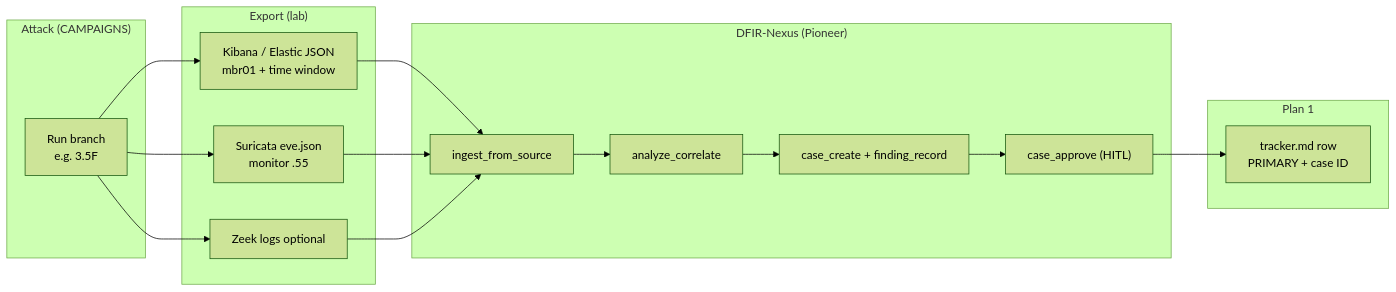
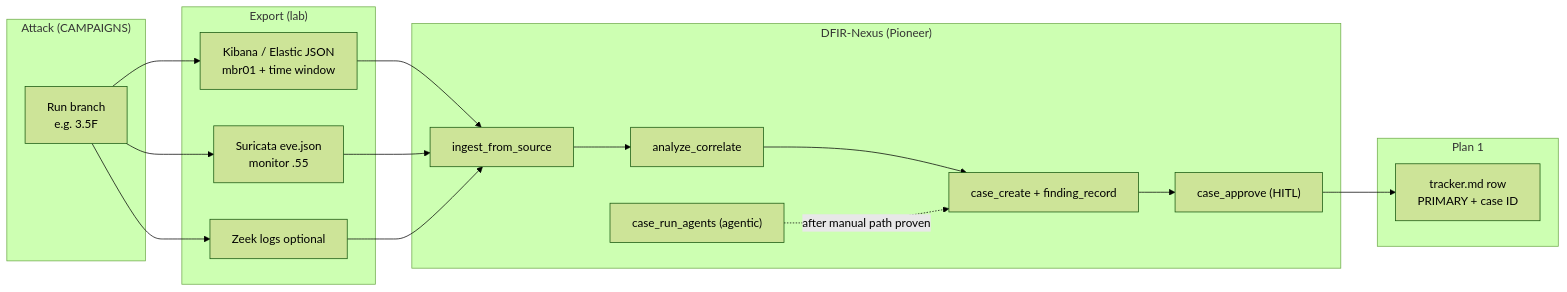
One commit to Ganron007/CADRE changed the diagram in attack-matrix/DFIR-Nexus-Pioneer-workflow.md. Above: the diagram before and after it, drawn with Mermaid (forest theme). The commit also changed other lines of this file and 1 other file, not shown here.

````diff
--- a/attack-matrix/DFIR-Nexus-Pioneer-workflow.md
+++ b/attack-matrix/DFIR-Nexus-Pioneer-workflow.md
@@ -32,26 +48,28 @@
 ```mermaid
 flowchart LR
     subgraph ATTACK["Attack (CAMPAIGNS)"]
         A1["Run branch<br/>e.g. 3.5F"]
     end
 
     subgraph EXPORT["Export (lab)"]
         E1["Kibana / Elastic JSON<br/>mbr01 + time window"]
         E2["Suricata eve.json<br/>monitor .55"]
         E3["Zeek logs optional"]
     end
 
     subgraph DFIR["DFIR-Nexus (Pioneer)"]
         D1["ingest_from_source"]
         D2["analyze_correlate"]
         D3["case_create + finding_record"]
         D4["case_approve (HITL)"]
+        D5["case_run_agents (agentic)"]
     end
 
     subgraph TRACK["Plan 1"]
-        T1["tracker.md row<br/>PRIMARY + case ID"]
+        T1["tracker.md row\nPRIMARY + case ID"]
     end
 
     A1 --> E1 & E2 & E3
     E1 & E2 & E3 --> D1 --> D2 --> D3 --> D4 --> T1
+    D5 -.->|after manual path proven| D3
 ```
````
